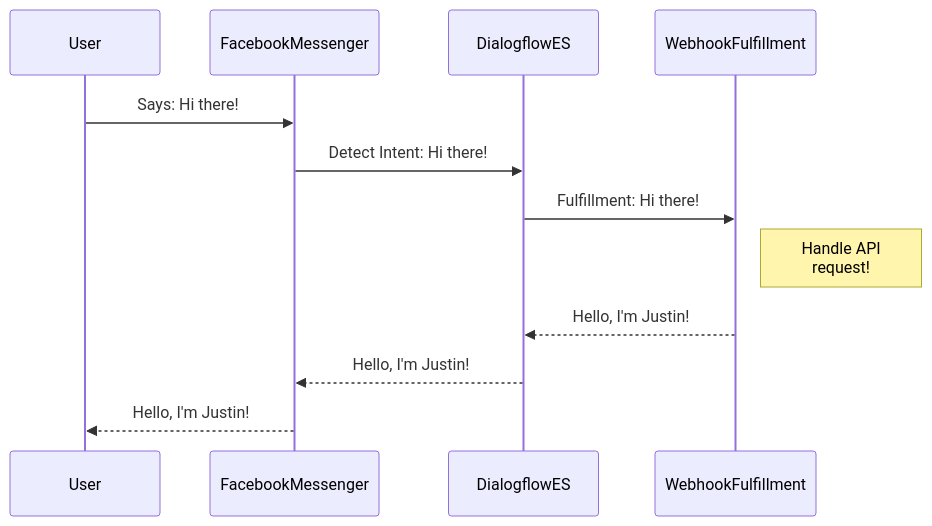
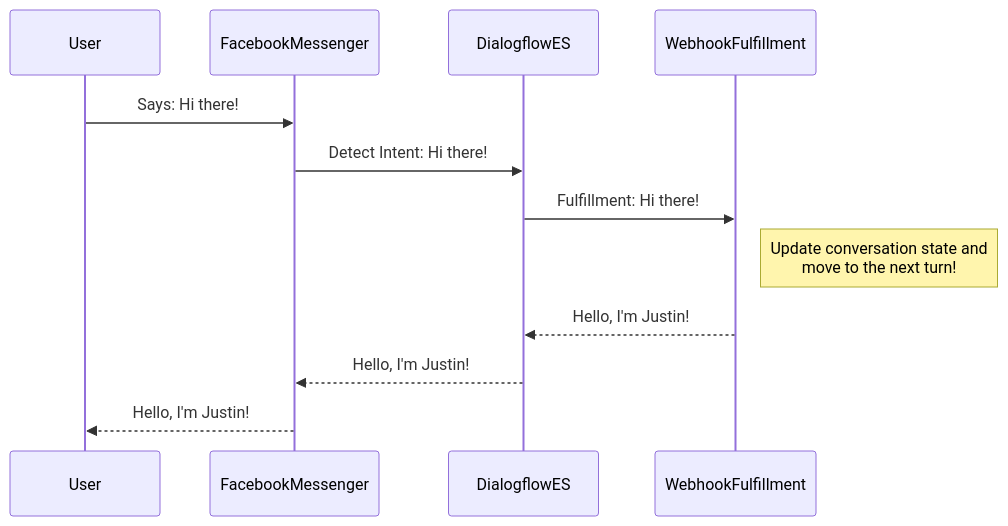
The diagram in README.md (jusranda/codingforconvos), drawn with Mermaid before and after one commit.

````diff
--- a/README.md
+++ b/README.md
@@ -4,14 +4,14 @@
 ```mermaid
 sequenceDiagram
     participant User
     participant FacebookMessenger
     participant DialogflowES
     participant WebhookFulfillment
     User->>FacebookMessenger: Says: Hi there!
     FacebookMessenger->>DialogflowES: Detect Intent: Hi there!
     DialogflowES->>WebhookFulfillment: Fulfillment: Hi there!
-    Note right of WebhookFulfillment: Handle API <br/>request!
+    Note right of WebhookFulfillment: Update conversation state and<br/>move to the next turn!
     WebhookFulfillment-->>DialogflowES: Hello, I'm Justin!
     DialogflowES-->>FacebookMessenger: Hello, I'm Justin!
     FacebookMessenger-->>User: Hello, I'm Justin!
 ```
````
